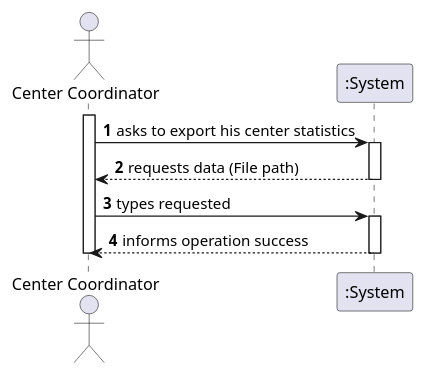
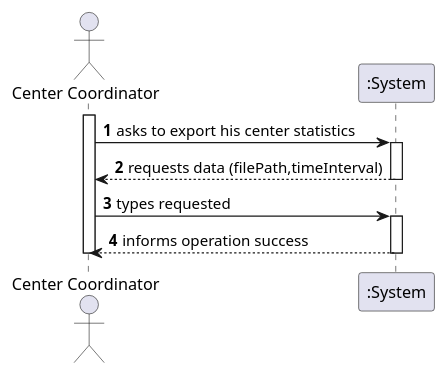
Before and after one commit to miseEnPlace-i/lapr2: the diagram in docs/SprintD/US15/SSD/US15_SSD.puml, drawn with PlantUML. The commit also changed 1 other file, not shown here.

```diff
--- a/docs/SprintD/US15/SSD/US15_SSD.puml
+++ b/docs/SprintD/US15/SSD/US15_SSD.puml
@@ -1,18 +1,18 @@
 @startuml US15_SSD
 autonumber
 actor "Center Coordinator" as COOR
 
 activate COOR
 COOR -> ":System" : asks to export his center statistics
 activate ":System"
-":System" --> COOR : requests data (File path)
+":System" --> COOR : requests data (filePath,timeInterval)
 deactivate ":System"
 
 COOR -> ":System" : types requested
 activate ":System"
 
 ":System" --> COOR : informs operation success
 deactivate ":System"
 deactivate COOR
 
 @enduml
```
